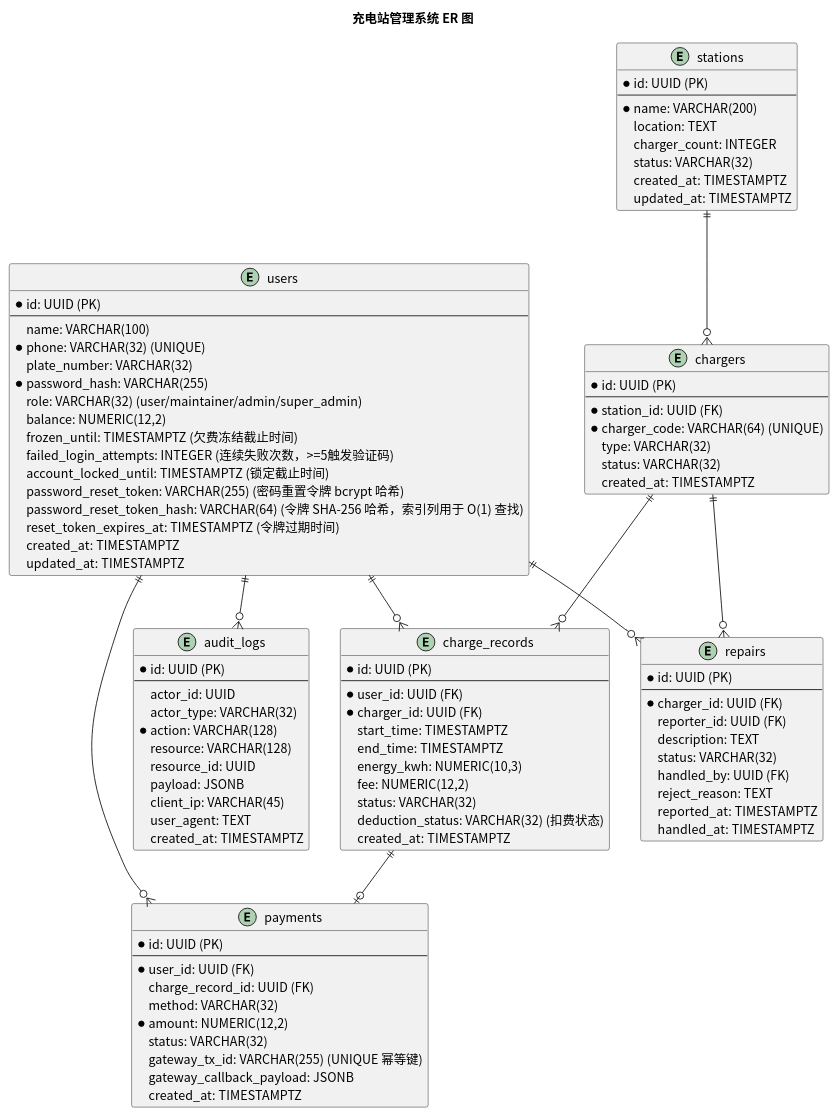
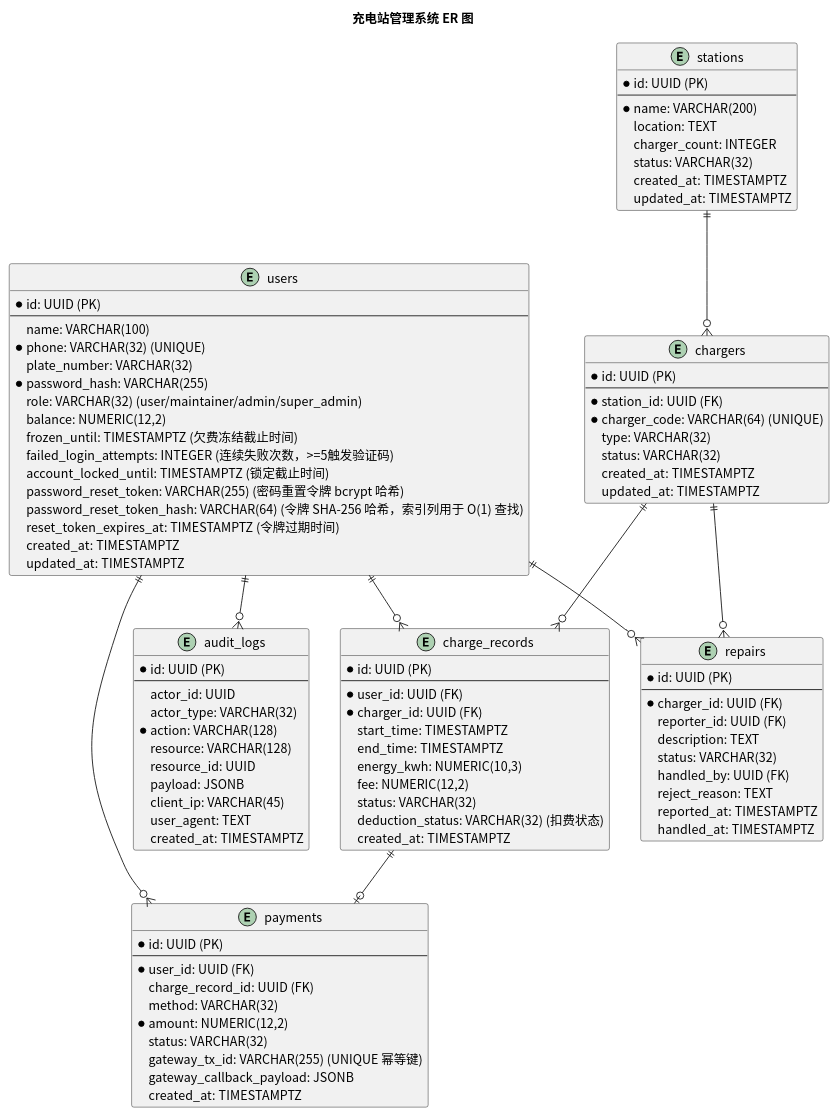
The diagram in usecase/docs/database/src/er_diagram.puml (greenhandzdl/charging-station-doc), drawn with PlantUML before and after one commit. The commit also changed 12 other files, not shown here.

First line of the commit message:
fix: 第4轮评估修复 — 审计日志3处补齐、Charger updatedAt字段、qrCodeDisplay移除、类图注解修正

```diff
--- a/usecase/docs/database/src/er_diagram.puml
+++ b/usecase/docs/database/src/er_diagram.puml
@@ -1,108 +1,109 @@
 @startuml
 skinparam defaultFontName "Noto Sans CJK SC"
 skinparam defaultFontSize 14
 title 充电站管理系统 ER 图
 
 entity users {
   *id: UUID (PK)
   --
   name: VARCHAR(100)
   *phone: VARCHAR(32) (UNIQUE)
   plate_number: VARCHAR(32)
   *password_hash: VARCHAR(255)
   role: VARCHAR(32) (user/maintainer/admin/super_admin)
   balance: NUMERIC(12,2)
   frozen_until: TIMESTAMPTZ (欠费冻结截止时间)
   failed_login_attempts: INTEGER (连续失败次数，>=5触发验证码)
   account_locked_until: TIMESTAMPTZ (锁定截止时间)
   password_reset_token: VARCHAR(255) (密码重置令牌 bcrypt 哈希)
   password_reset_token_hash: VARCHAR(64) (令牌 SHA-256 哈希，索引列用于 O(1) 查找)
   reset_token_expires_at: TIMESTAMPTZ (令牌过期时间)
   created_at: TIMESTAMPTZ
   updated_at: TIMESTAMPTZ
 }
 
 entity stations {
   *id: UUID (PK)
   --
   *name: VARCHAR(200)
   location: TEXT
   charger_count: INTEGER
   status: VARCHAR(32)
   created_at: TIMESTAMPTZ
   updated_at: TIMESTAMPTZ
 }
 
 entity chargers {
   *id: UUID (PK)
   --
   *station_id: UUID (FK)
   *charger_code: VARCHAR(64) (UNIQUE)
   type: VARCHAR(32)
   status: VARCHAR(32)
   created_at: TIMESTAMPTZ
+  updated_at: TIMESTAMPTZ
 }
 
 entity charge_records {
   *id: UUID (PK)
   --
   *user_id: UUID (FK)
   *charger_id: UUID (FK)
   start_time: TIMESTAMPTZ
   end_time: TIMESTAMPTZ
   energy_kwh: NUMERIC(10,3)
   fee: NUMERIC(12,2)
   status: VARCHAR(32)
   deduction_status: VARCHAR(32) (扣费状态)
   created_at: TIMESTAMPTZ
 }
 
 entity payments {
   *id: UUID (PK)
   --
   *user_id: UUID (FK)
   charge_record_id: UUID (FK)
   method: VARCHAR(32)
   *amount: NUMERIC(12,2)
   status: VARCHAR(32)
   gateway_tx_id: VARCHAR(255) (UNIQUE 幂等键)
   gateway_callback_payload: JSONB
   created_at: TIMESTAMPTZ
 }
 
 entity repairs {
   *id: UUID (PK)
   --
   *charger_id: UUID (FK)
   reporter_id: UUID (FK)
   description: TEXT
   status: VARCHAR(32)
   handled_by: UUID (FK)
   reject_reason: TEXT
   reported_at: TIMESTAMPTZ
   handled_at: TIMESTAMPTZ
 }
 
 entity audit_logs {
   *id: UUID (PK)
   --
   actor_id: UUID
   actor_type: VARCHAR(32)
   *action: VARCHAR(128)
   resource: VARCHAR(128)
   resource_id: UUID
   payload: JSONB
   client_ip: VARCHAR(45)
   user_agent: TEXT
   created_at: TIMESTAMPTZ
 }
 
 stations ||--o{ chargers
 users ||--o{ charge_records
 chargers ||--o{ charge_records
 users ||--o{ payments
 charge_records ||--o| payments
 users ||--o{ repairs
 chargers ||--o{ repairs
 users ||--o{ audit_logs
 @enduml
```
